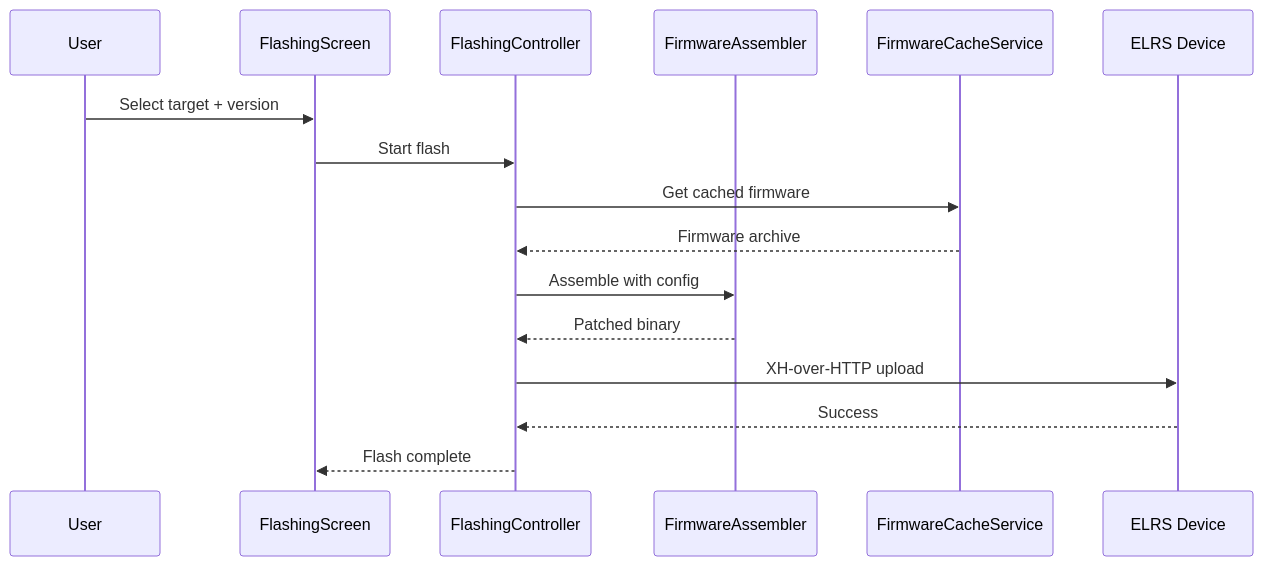
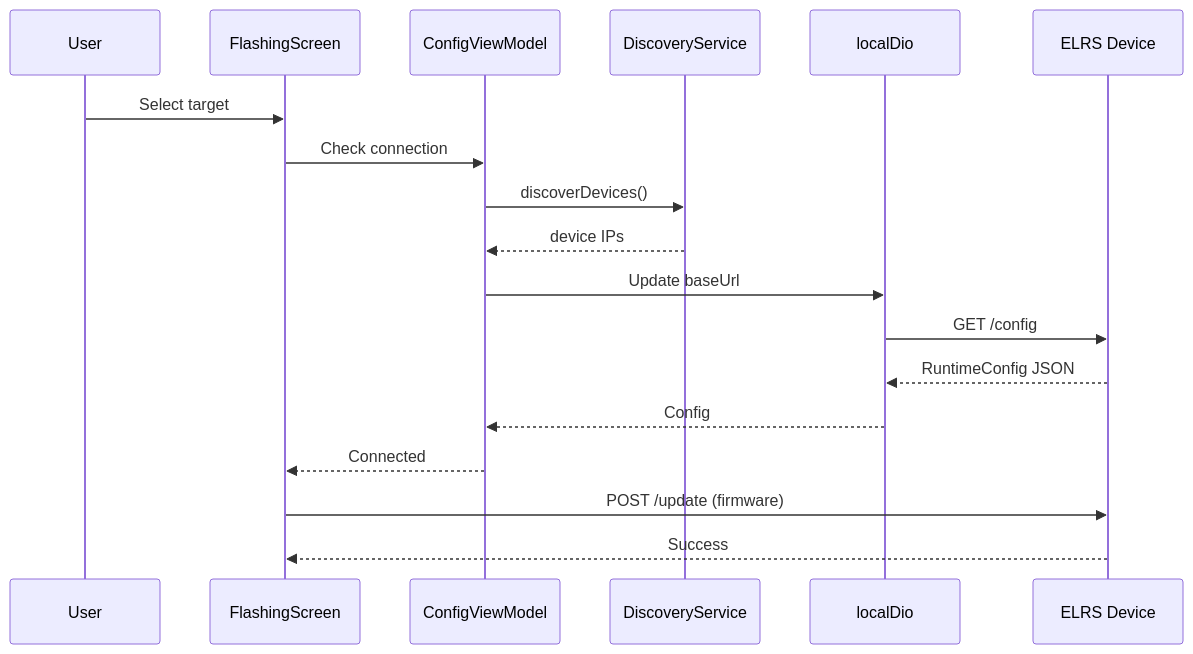
The third of 4 diagrams in .rp1/context/architecture.md (wbhinton/ELRS-Mobile), drawn with Mermaid before and after one commit. The commit also changed other lines of this file and 6 other files, not shown here.

````diff
--- a/.rp1/context/architecture.md
+++ b/.rp1/context/architecture.md
@@ -97,19 +152,21 @@
 ```mermaid
 sequenceDiagram
     participant User
     participant UI as FlashingScreen
-    participant Controller as FlashingController
-    participant Assembler as FirmwareAssembler
-    participant Cache as FirmwareCacheService
+    participant CV as ConfigViewModel
+    participant Discovery as DiscoveryService
+    participant Dio as localDio
     participant Device as ELRS Device
 
-    User->>UI: Select target + version
-    UI->>Controller: Start flash
-    Controller->>Cache: Get cached firmware
-    Cache-->>Controller: Firmware archive
-    Controller->>Assembler: Assemble with config
-    Assembler-->>Controller: Patched binary
-    Controller->>Device: XH-over-HTTP upload
-    Device-->>Controller: Success
-    Controller-->>UI: Flash complete
+    User->>UI: Select target
+    UI->>CV: Check connection
+    CV->>Discovery: discoverDevices()
+    Discovery-->>CV: device IPs
+    CV->>Dio: Update baseUrl
+    Dio->>Device: GET /config
+    Device-->>Dio: RuntimeConfig JSON
+    Dio-->>CV: Config
+    CV-->>UI: Connected
+    UI->>Device: POST /update (firmware)
+    Device-->>UI: Success
 ```
````
